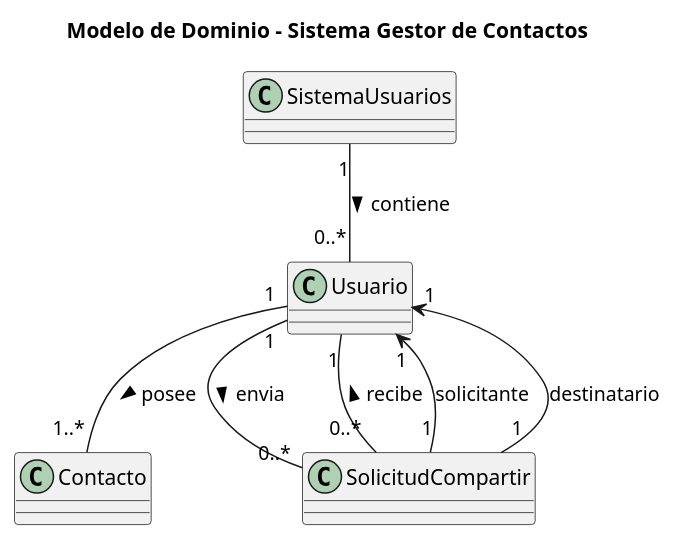
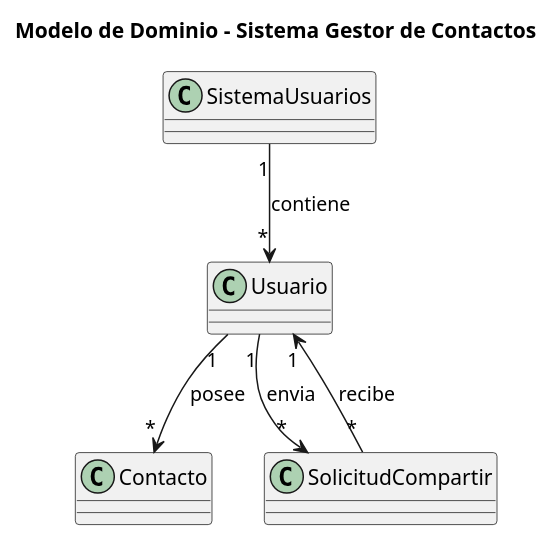
Before and after one commit to TheEbu10/Proyecto-Paradigmas: the diagram in Diagrama_Dominio.puml, drawn with PlantUML. The commit also changed 1 other file, not shown here.

```diff
--- a/Diagrama_Dominio.puml
+++ b/Diagrama_Dominio.puml
@@ -1,24 +1,21 @@
 @startuml Sistema de Gestor de Contanctos
 title Modelo de Dominio - Sistema Gestor de Contactos
 
 class Usuario 
 class Contacto
 class SolicitudCompartir 
 class SistemaUsuarios 
 
 ' Usuario tiene muchos contactos
-Usuario "1" -- "1..*" Contacto : posee >
+Usuario "1" --> "*" Contacto : posee 
 
 ' Solicitudes enviadas por un usuario
-Usuario "1" -- "0..*" SolicitudCompartir : envia >
+Usuario "1" --> "*" SolicitudCompartir : envia 
 
 ' Solicitudes recibidas por un usuario
-Usuario "1" -- "0..*" SolicitudCompartir : recibe <
-
-SolicitudCompartir "1" --> "1" Usuario : solicitante
-SolicitudCompartir "1" --> "1" Usuario : destinatario
+Usuario "1" <-- "*" SolicitudCompartir : recibe 
 
 ' SistemaUsuarios administra a varios usuarios
-SistemaUsuarios "1" -- "0..*" Usuario : contiene >
+SistemaUsuarios "1" --> "*" Usuario : contiene 
 
 @enduml
```
